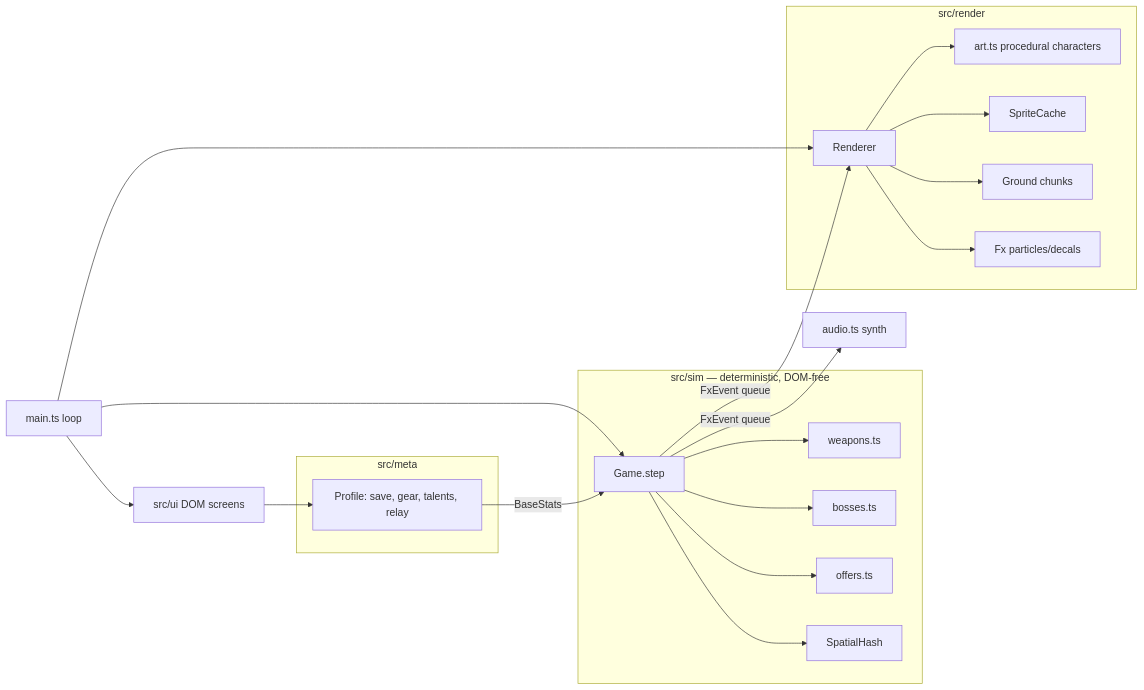
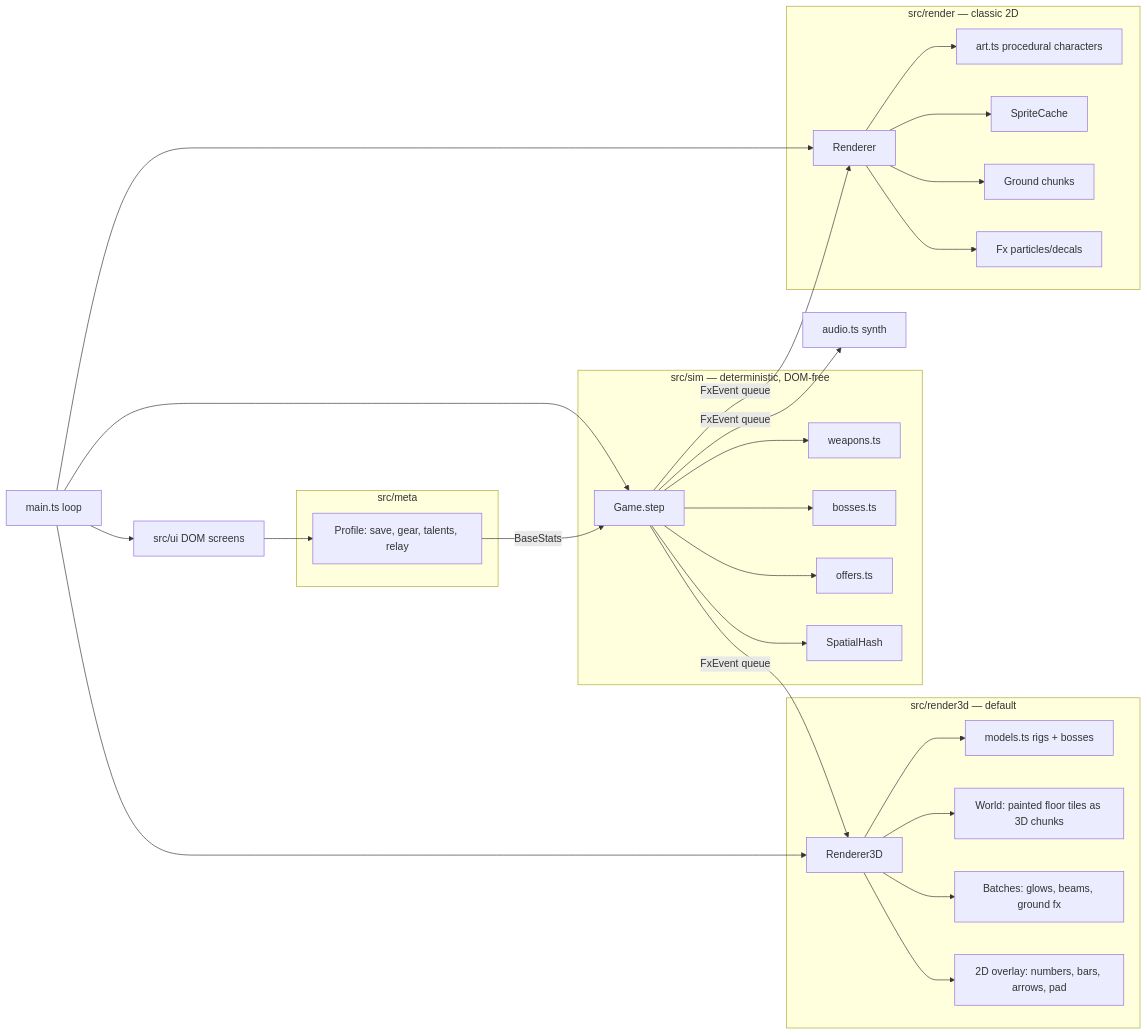
The diagram in README.md (BrutalPeanut/dead-signal), drawn with Mermaid before and after one commit. The commit also changed other lines of this file and 16 other files, not shown here.

````diff
--- a/README.md
+++ b/README.md
@@ -33,25 +34,33 @@
 ```mermaid
 flowchart LR
   subgraph sim[src/sim — deterministic, DOM-free]
     G[Game.step] --> W[weapons.ts]
     G --> B[bosses.ts]
     G --> O[offers.ts]
     G --> S[SpatialHash]
   end
   subgraph meta[src/meta]
     P[Profile: save, gear, talents, relay]
   end
-  subgraph render[src/render]
+  subgraph render3d[src/render3d — default]
+    R3[Renderer3D] --> MD[models.ts rigs + bosses]
+    R3 --> WD[World: painted floor tiles as 3D chunks]
+    R3 --> BT[Batches: glows, beams, ground fx]
+    R3 --> OV[2D overlay: numbers, bars, arrows, pad]
+  end
+  subgraph render[src/render — classic 2D]
     R[Renderer] --> A[art.ts procedural characters]
     R --> SC[SpriteCache]
     R --> GR[Ground chunks]
     R --> FX[Fx particles/decals]
   end
   UI[src/ui DOM screens] --> P
   M[main.ts loop] --> G
   M --> R
+  M --> R3
   M --> UI
   G -- FxEvent queue --> R
+  G -- FxEvent queue --> R3
   G -- FxEvent queue --> AU[audio.ts synth]
   P -- BaseStats --> G
 ```
````
